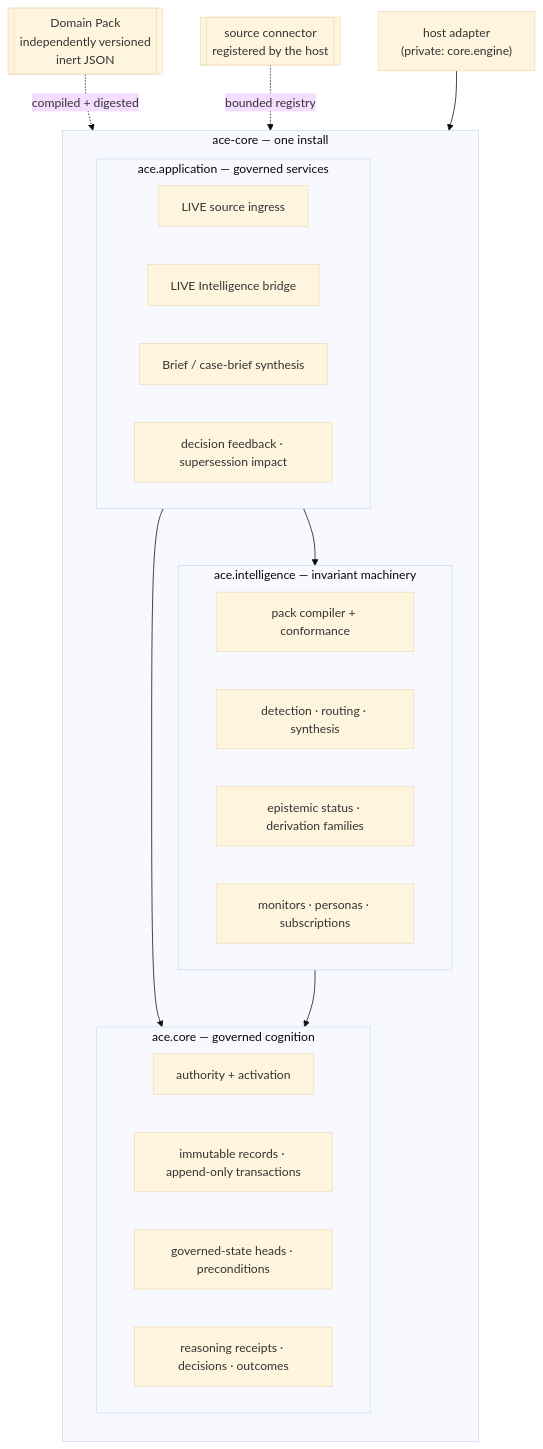
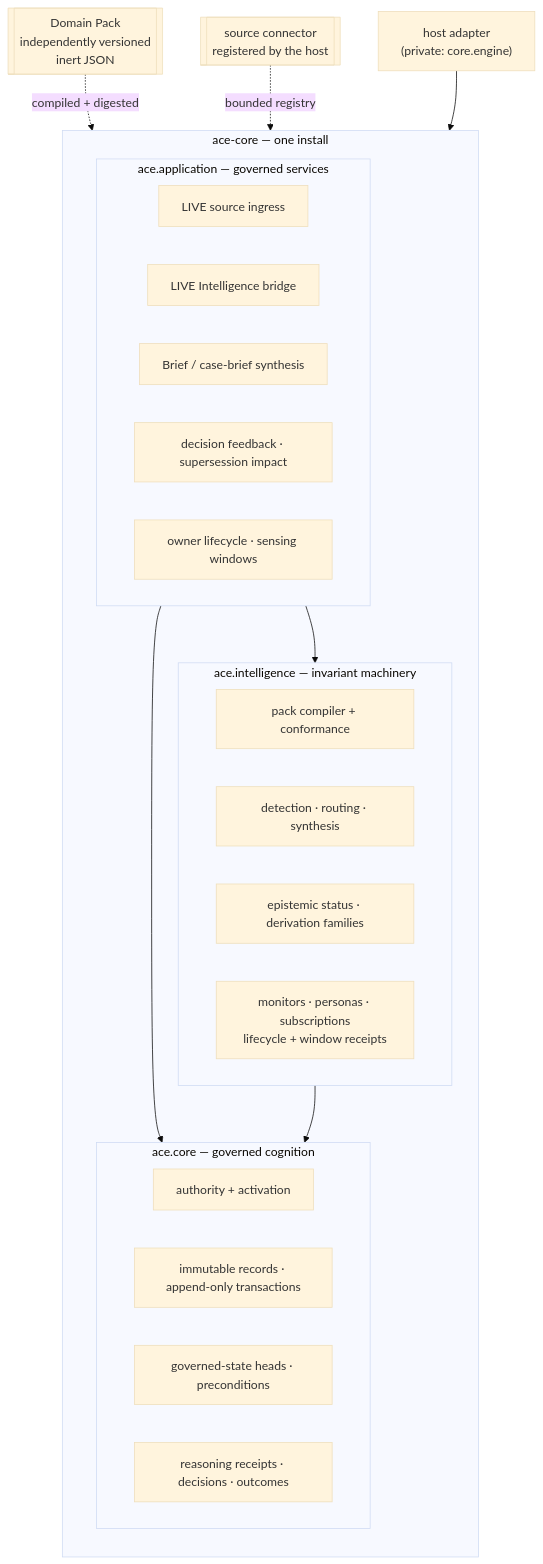
The second of 2 diagrams in README.md (augmented-cognition-engine/core), drawn with Mermaid (base theme) before and after one commit. The commit also changed other lines of this file and 9 other files, not shown here.

Commit message:
Add owner-governed monitoring lifecycle

````diff
--- a/README.md
+++ b/README.md
@@ -160,31 +161,32 @@
 ```mermaid
 flowchart TB
     subgraph PKG["ace-core — one install"]
         direction TB
         subgraph APP["ace.application — governed services"]
             A1["LIVE source ingress"]
             A2["LIVE Intelligence bridge"]
             A3["Brief / case-brief synthesis"]
             A4["decision feedback · supersession impact"]
+            A5["owner lifecycle · sensing windows"]
         end
         subgraph INT["ace.intelligence — invariant machinery"]
             I1["pack compiler + conformance"]
             I2["detection · routing · synthesis"]
             I3["epistemic status · derivation families"]
-            I4["monitors · personas · subscriptions"]
+            I4["monitors · personas · subscriptions<br/>lifecycle + window receipts"]
         end
         subgraph CORE["ace.core — governed cognition"]
             C1["authority + activation"]
             C2["immutable records · append-only transactions"]
             C3["governed-state heads · preconditions"]
             C4["reasoning receipts · decisions · outcomes"]
         end
     end
 
     PACK[["Domain Pack<br/>independently versioned<br/>inert JSON"]] -.->|compiled + digested| INT
     CONN[["source connector<br/>registered by the host"]] -.->|bounded registry| APP
     APP --> INT
     APP --> CORE
     INT --> CORE
     HOST["host adapter<br/>(private: core.engine)"] --> APP
 ```
````
